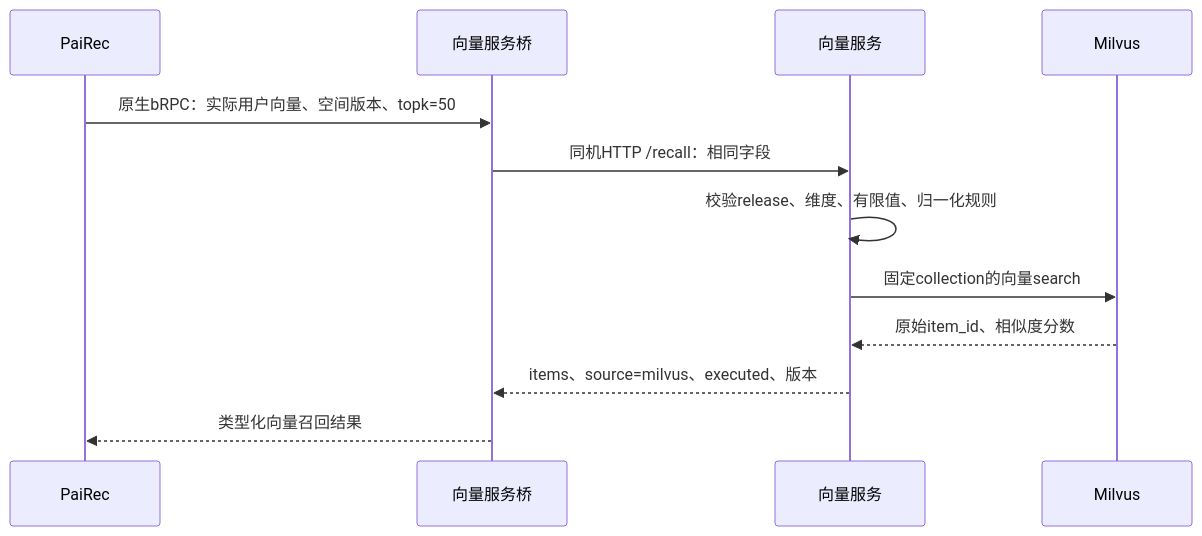
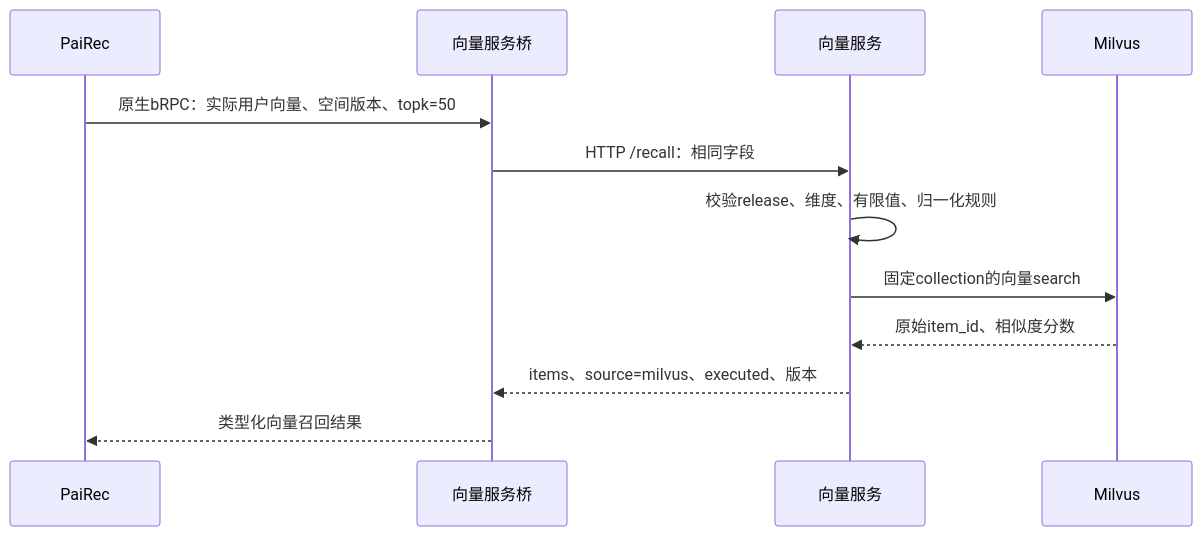
Before and after one commit to bitianyuan123/docs: the third of 15 diagrams in 07_other_services.md, drawn with Mermaid. The commit also changed other lines of this file and 85 other files, not shown here.

````diff
--- a/07_other_services.md
+++ b/07_other_services.md
@@ -80,14 +82,14 @@
 ```mermaid
 sequenceDiagram
     participant P as PaiRec
     participant B as 向量服务桥
     participant V as 向量服务
     participant M as Milvus
     P->>B: 原生bRPC：实际用户向量、空间版本、topk=50
-    B->>V: 同机HTTP /recall：相同字段
+    B->>V: HTTP /recall：相同字段
     V->>V: 校验release、维度、有限值、归一化规则
     V->>M: 固定collection的向量search
     M-->>V: 原始item_id、相似度分数
     V-->>B: items、source=milvus、executed、版本
     B-->>P: 类型化向量召回结果
 ```
````
